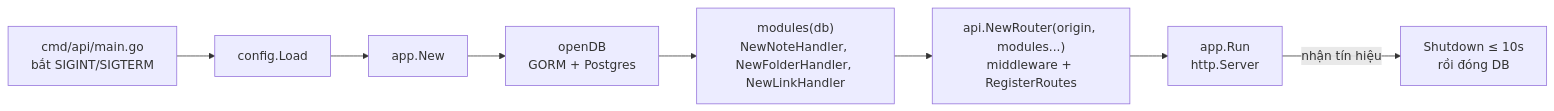
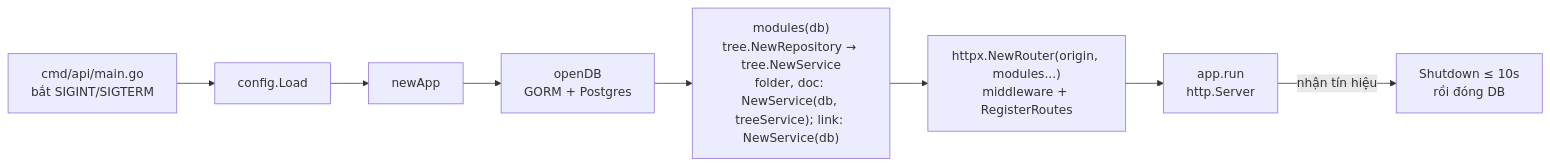
The first of 2 diagrams in docs/backend-map.md (ngtrthvu3007/nodus), drawn with Mermaid before and after one commit. The commit also changed other lines of this file and 36 other files, not shown here.

Commit message:
feat(go-nodus): add folder/doc tree API as handler + service modules

````diff
--- a/docs/backend-map.md
+++ b/docs/backend-map.md
@@ -30,10 +38,10 @@
 ```mermaid
 flowchart LR
     Main[cmd/api/main.go<br/>bắt SIGINT/SIGTERM] --> Cfg[config.Load]
-    Cfg --> New[app.New]
+    Cfg --> New[newApp]
     New --> DB[openDB<br/>GORM + Postgres]
-    DB --> Mods["modules(db)<br/>NewNoteHandler, NewFolderHandler, NewLinkHandler"]
-    Mods --> Router["api.NewRouter(origin, modules...)<br/>middleware + RegisterRoutes"]
-    Router --> Run[app.Run<br/>http.Server]
+    DB --> Mods["modules(db)<br/>tree.NewRepository → tree.NewService<br/>folder, doc: NewService(db, treeService); link: NewService(db)"]
+    Mods --> Router["httpx.NewRouter(origin, modules...)<br/>middleware + RegisterRoutes"]
+    Router --> Run[app.run<br/>http.Server]
     Run -- nhận tín hiệu --> Stop[Shutdown ≤ 10s<br/>rồi đóng DB]
 ```
````
